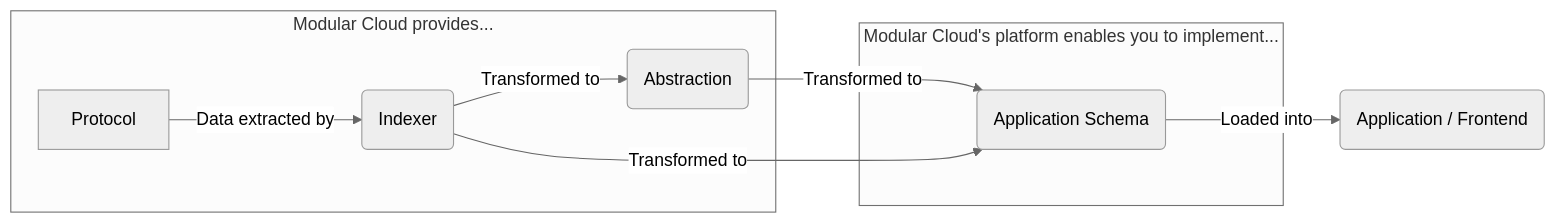
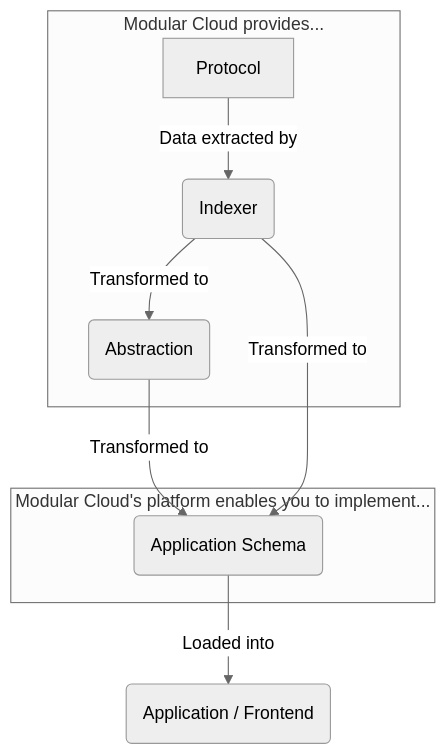
The first of 7 diagrams in Modular Blockchains/Architecture for modular apps.md (lzrscg/brainstorm), drawn with Mermaid (neutral theme) before and after one commit. The commit also changed other lines of this file, not shown here.

````diff
--- a/Modular Blockchains/Architecture for modular apps.md
+++ b/Modular Blockchains/Architecture for modular apps.md
@@ -24,12 +24,12 @@
 ```mermaid
-flowchart LR
+flowchart TD
 	subgraph Modular Cloud provides...
 	A[Protocol] -->|Data extracted by| B(Indexer)
 	B --> |Transformed to| C(Abstraction)
 	end
 	subgraph Modular Cloud's platform enables you to implement...
 	C --> |Transformed to| D(Application Schema)
 	B --> |Transformed to| D
 	end
 	D --> |Loaded into| E(Application / Frontend)
 ```
````
